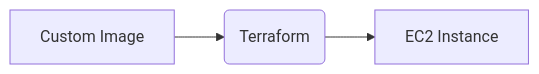
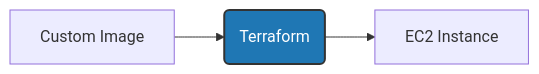
The fifth of 10 diagrams in README.md (bparanj/hivegrid.dev), drawn with Mermaid before and after one commit. The commit also changed other lines of this file, not shown here.

Commit message:
Revise diagrams

````diff
--- a/README.md
+++ b/README.md
@@ -159,5 +174,7 @@
 ```mermaid
 graph LR
     A[Custom Image] --> B(Terraform)
     B --> C[EC2 Instance]
+    
+    style B fill:#1F77B4,stroke:#333,stroke-width:2px,color:#fff
 ```
````
